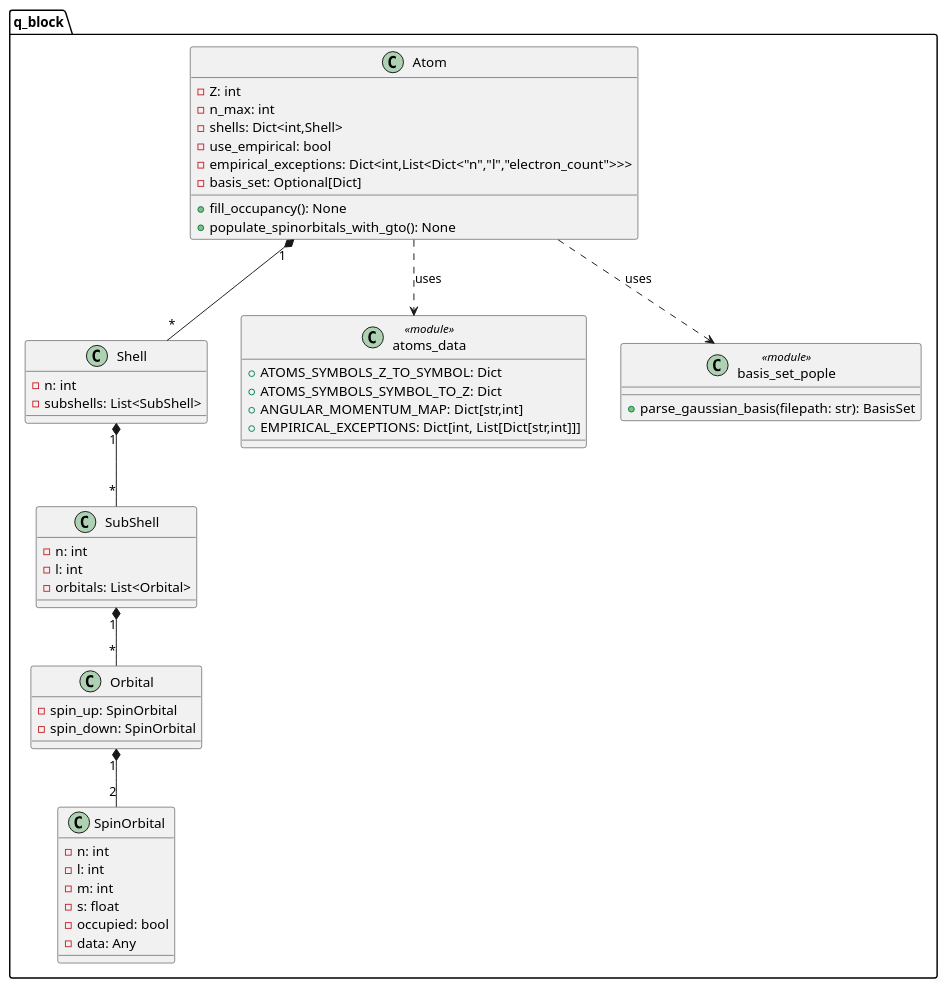
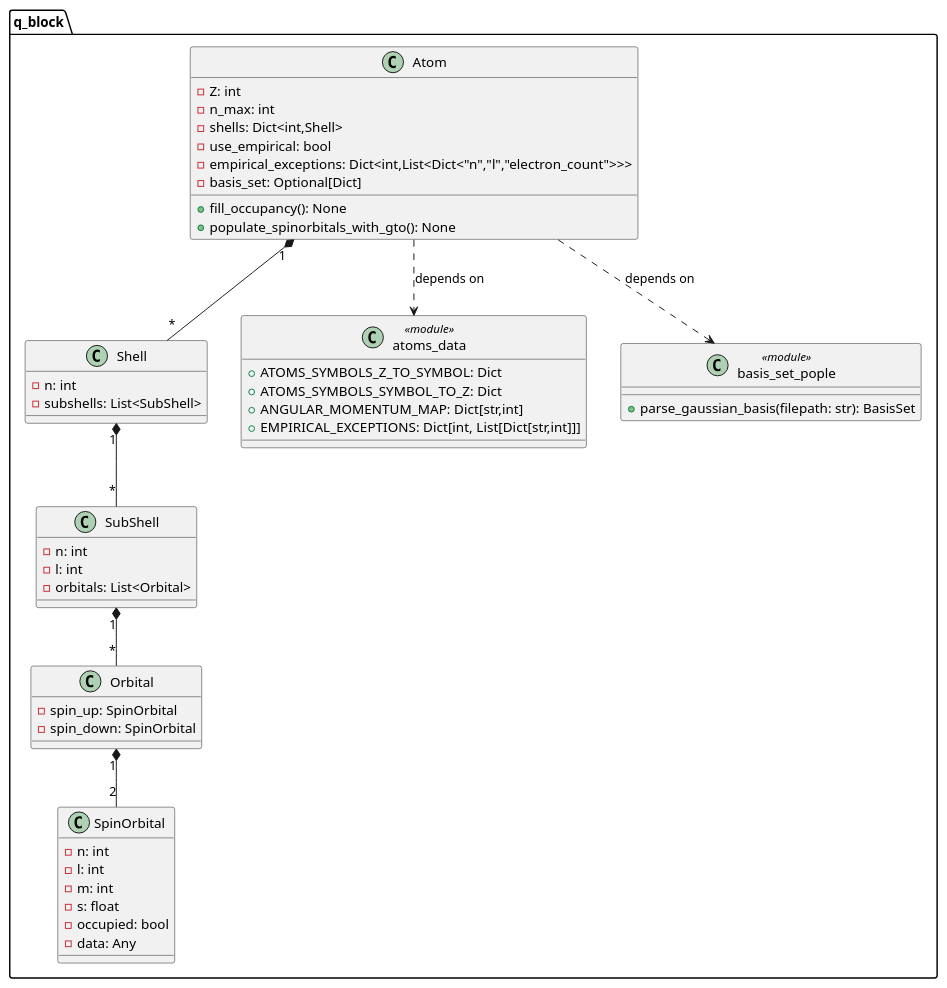
One commit to milosz-martynow/qBlock changed the diagram in architecture/bdd_q_block.puml. Above: the diagram before and after it, drawn with PlantUML. The commit also changed 3 other files, not shown here.

Commit message:
update of the bdd diagram

```diff
--- a/architecture/bdd_q_block.puml
+++ b/architecture/bdd_q_block.puml
@@ -1,59 +1,62 @@
 @startuml
 ' Block Definition Diagram for package q_block
 package "q_block" {
 
       class "Atom" {
         - Z: int
         - n_max: int
         - shells: Dict<int,Shell>
         - use_empirical: bool
         - empirical_exceptions: Dict<int,List<Dict<"n","l","electron_count">>>
         - basis_set: Optional[Dict]
         + fill_occupancy(): None
         + populate_spinorbitals_with_gto(): None
       }
 
-      class "SpinOrbital" {
-        - n: int
-        - l: int
-        - m: int
-        - s: float
-        - occupied: bool
-        - data: Any
-      }
-      class "Orbital" {
-        - spin_up: SpinOrbital
-        - spin_down: SpinOrbital
-      }
-      class "SubShell" {
-        - n: int
-        - l: int
-        - orbitals: List<Orbital>
-      }
-      class "Shell" {
-        - n: int
-        - subshells: List<SubShell>
-      }
+    class "SpinOrbital" {
+      - n: int
+      - l: int
+      - m: int
+      - s: float
+      - occupied: bool
+      - data: Any
+    }
+    class "Orbital" {
+      - spin_up: SpinOrbital
+      - spin_down: SpinOrbital
+    }
+    class "SubShell" {
+      - n: int
+      - l: int
+      - orbitals: List<Orbital>
+    }
+    class "Shell" {
+      - n: int
+      - subshells: List<SubShell>
+    }
+
+  ' Module shim for explicit module presence
+ 
 
     class "atoms_data" as AD <<module>> {
       + ATOMS_SYMBOLS_Z_TO_SYMBOL: Dict
       + ATOMS_SYMBOLS_SYMBOL_TO_Z: Dict
       + ANGULAR_MOMENTUM_MAP: Dict[str,int]
       + EMPIRICAL_EXCEPTIONS: Dict[int, List[Dict[str,int]]]
     }
 
     class "basis_set_pople" as BSP <<module>> {
       + parse_gaussian_basis(filepath: str): BasisSet
     }
 }
 
 ' Relationships
 "Atom" "1" *-- "*" "Shell"
 "Shell" "1" *-- "*" "SubShell"
 "SubShell" "1" *-- "*" "Orbital"
 "Orbital" "1" *-- "2" "SpinOrbital"
 
-"Atom" ..> AD : uses
-"Atom" ..> BSP : uses
+"Atom" ..> AD : depends on
+"Atom" ..> BSP : depends on
 
 @enduml
```
